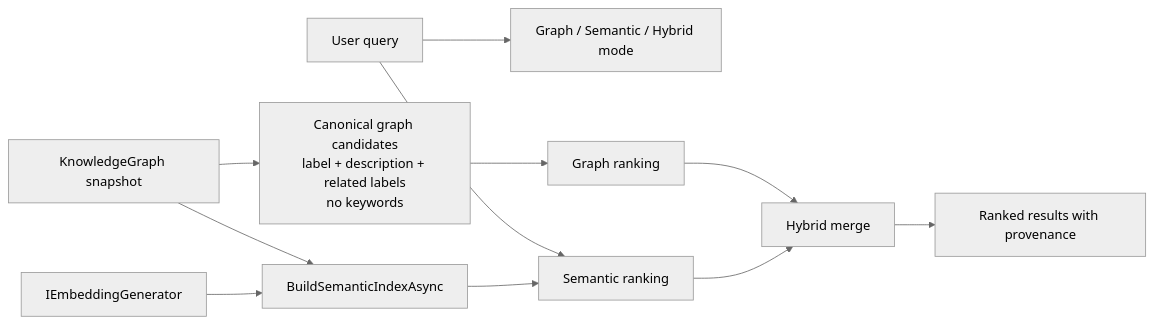
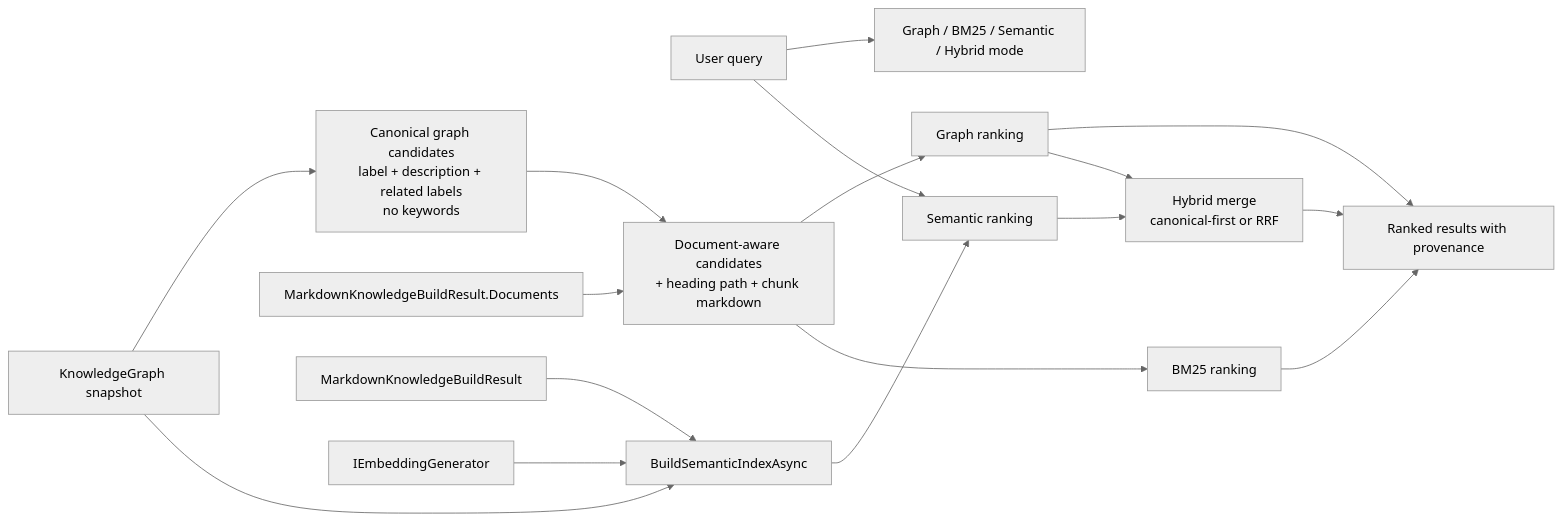
The diagram in docs/Features/HybridGraphSearch.md (managedcode/markdown-ld-kb), drawn with Mermaid (neutral theme) before and after one commit. The commit also changed other lines of this file and 84 other files, not shown here.

Commit message:
Add cited answering and benchmarked graph search

````diff
--- a/docs/Features/HybridGraphSearch.md
+++ b/docs/Features/HybridGraphSearch.md
@@ -11,13 +11,19 @@
 ```mermaid
 flowchart LR
-    Query["User query"] --> Mode["Graph / Semantic / Hybrid mode"]
+    Query["User query"] --> Mode["Graph / BM25 / Semantic / Hybrid mode"]
     Graph["KnowledgeGraph snapshot"] --> Canonical["Canonical graph candidates\nlabel + description + related labels\nno keywords"]
-    Canonical --> GraphRank["Graph ranking"]
-    Graph --> SemanticIndex["BuildSemanticIndexAsync"]
+    Documents["MarkdownKnowledgeBuildResult.Documents"] --> DocumentAware["Document-aware candidates\n+ heading path + chunk markdown"]
+    Canonical --> DocumentAware
+    DocumentAware --> GraphRank["Graph ranking"]
+    DocumentAware --> Bm25Rank["BM25 ranking"]
+    BuildResult["MarkdownKnowledgeBuildResult"] --> SemanticIndex["BuildSemanticIndexAsync"]
+    Graph --> SemanticIndex
     Embedder["IEmbeddingGenerator"] --> SemanticIndex
     Query --> SemanticRank["Semantic ranking"]
     SemanticIndex --> SemanticRank
-    GraphRank --> Merge["Hybrid merge"]
+    GraphRank --> Results["Ranked results with provenance"]
+    Bm25Rank --> Results
+    GraphRank --> Merge["Hybrid merge\ncanonical-first or RRF"]
     SemanticRank --> Merge
-    Merge --> Results["Ranked results with provenance"]
+    Merge --> Results
 ```
````
